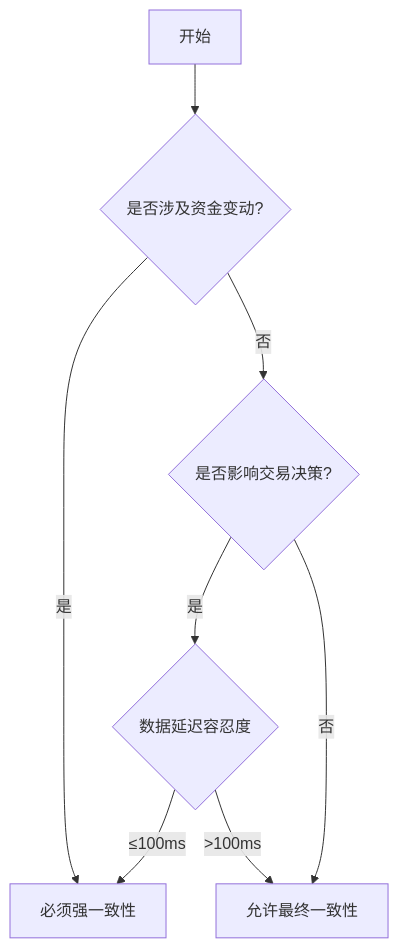
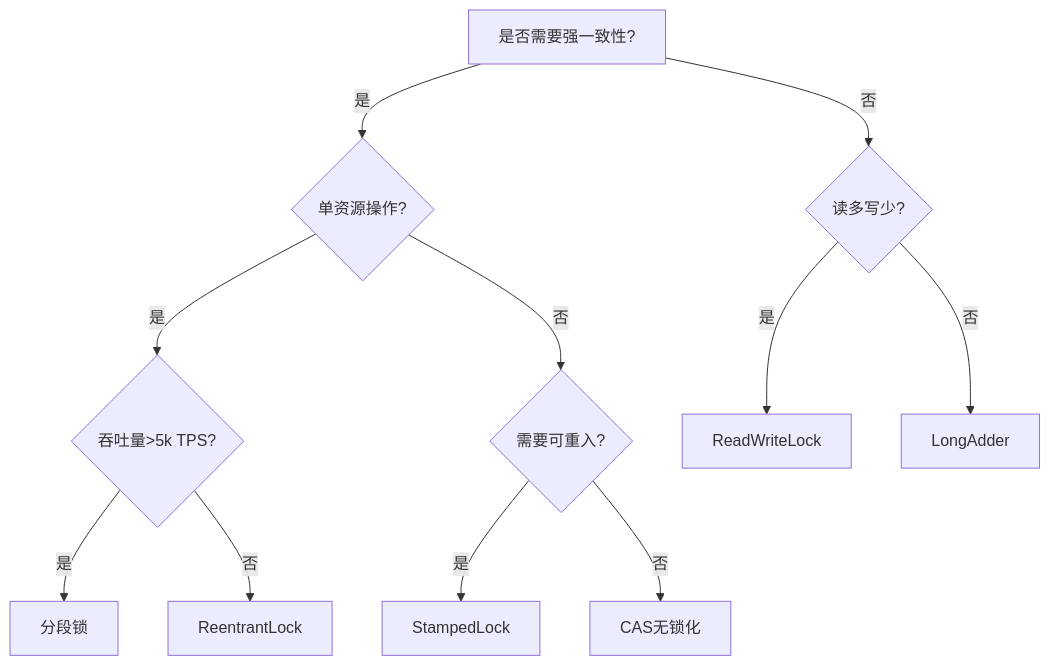
One commit to ouyangshourui/Java_Base_Pratice changed the diagram in fintech_lock.md. Above: the diagram before and after it, drawn with Mermaid. The commit also changed other lines of this file, not shown here.

````diff
--- a/fintech_lock.md
+++ b/fintech_lock.md
@@ -20,10 +20,17 @@
 ```mermaid
 graph TD
-    A[开始] --> B{是否涉及资金变动?}
-    B -->|是| C[必须强一致性]
-    B -->|否| D{是否影响交易决策?}
-    D -->|是| E{数据延迟容忍度}
-    D -->|否| F[允许最终一致性]
-    E -->|≤100ms| C
-    E -->|>100ms| F
+    A[是否需要强一致性?] -->|是| B{单资源操作?}
+    A -->|否| C{读多写少?}
+    
+    B -->|是| D{吞吐量>5k TPS?}
+    B -->|否| E{需要可重入?}
+    
+    D -->|是| F[分段锁]
+    D -->|否| G[ReentrantLock]
+    
+    E -->|是| H[StampedLock]
+    E -->|否| I[CAS无锁化]
+    
+    C -->|是| J[ReadWriteLock]
+    C -->|否| K[LongAdder]
 ```
````
